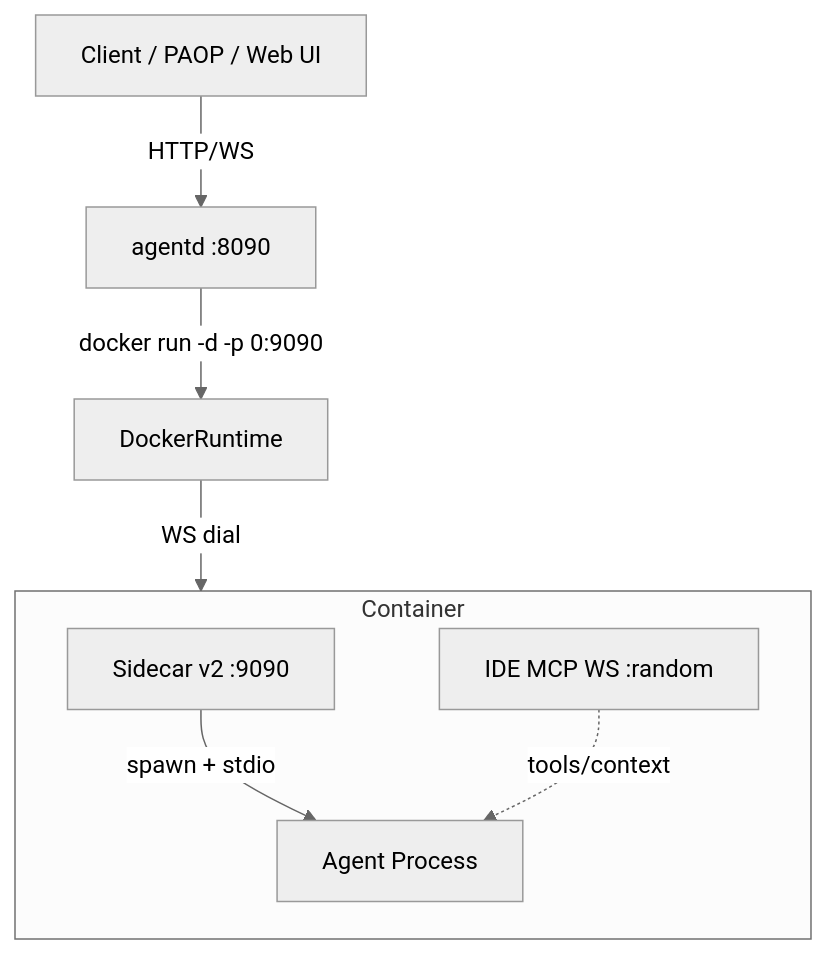
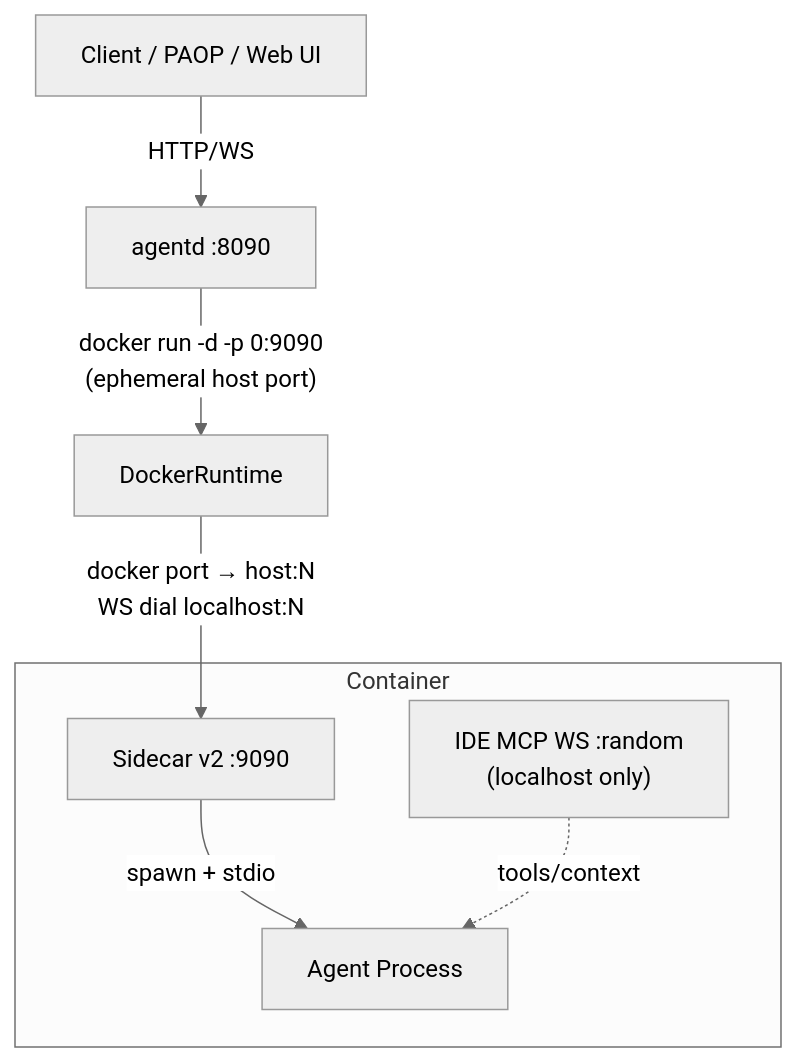
The first of 5 diagrams in docs/architecture-flows.md (danieliser/agentruntime), drawn with Mermaid (neutral theme) before and after one commit. The commit also changed other lines of this file, not shown here.

First line of the commit message:
docs: fix architecture-flows.md inaccuracies from audit

````diff
--- a/docs/architecture-flows.md
+++ b/docs/architecture-flows.md
@@ -5,18 +5,17 @@
 ```mermaid
 graph TB
     Client[Client / PAOP / Web UI]
     AgentD[agentd :8090]
     DockerRT[DockerRuntime]
     Container[Docker Container]
     Sidecar[Sidecar v2 :9090]
 
     Client -->|HTTP/WS| AgentD
-    AgentD -->|docker run -d -p 0:9090| DockerRT
-    DockerRT -->|WS dial| Container
-    Container --- Sidecar
+    AgentD -->|"docker run -d -p 0:9090<br/>(ephemeral host port)"| DockerRT
+    DockerRT -->|"docker port → host:N<br/>WS dial localhost:N"| Sidecar
 
     subgraph Container
         Sidecar -->|spawn + stdio| Agent[Agent Process]
-        MCP[IDE MCP WS :random] -.->|tools/context| Agent
+        MCP["IDE MCP WS :random<br/>(localhost only)"] -.->|tools/context| Agent
     end
 ```
````
